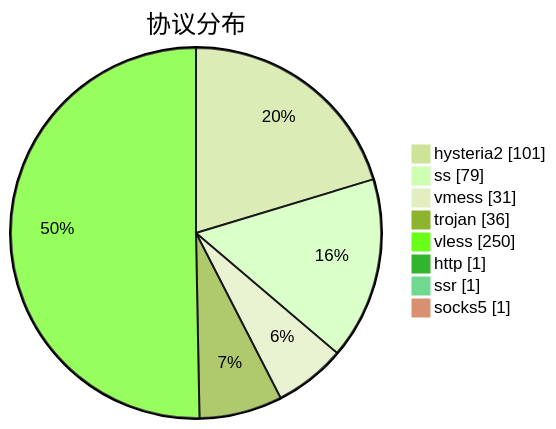
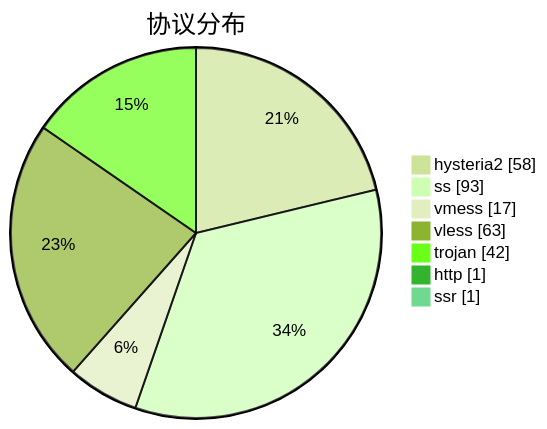
Before and after one commit to sinspired/airport: the third of 3 diagrams in subs/statistics/tested_within.md, drawn with Mermaid (forest theme). The commit also changed other lines of this file and 2 other files, not shown here.

````diff
--- a/subs/statistics/tested_within.md
+++ b/subs/statistics/tested_within.md
@@ -43,12 +39,11 @@
 ```mermaid
 pie showData
 title 协议分布
-"hysteria2" : 101
-"ss" : 79
-"vmess" : 31
-"trojan" : 36
-"vless" : 250
+"hysteria2" : 58
+"ss" : 93
+"vmess" : 17
+"vless" : 63
+"trojan" : 42
 "http" : 1
 "ssr" : 1
-"socks5" : 1
 ```
````
